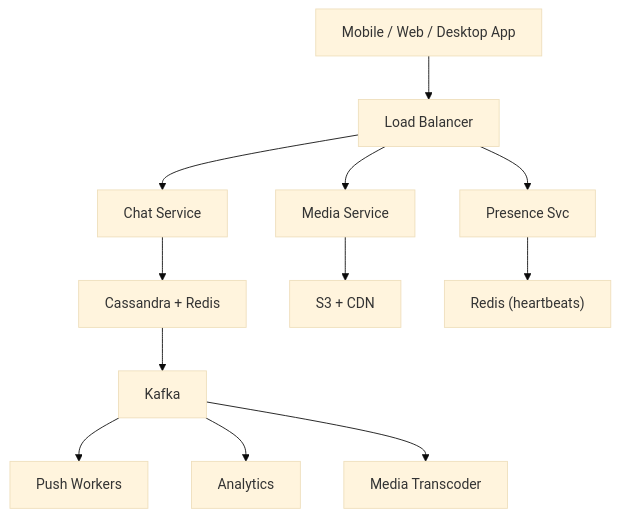
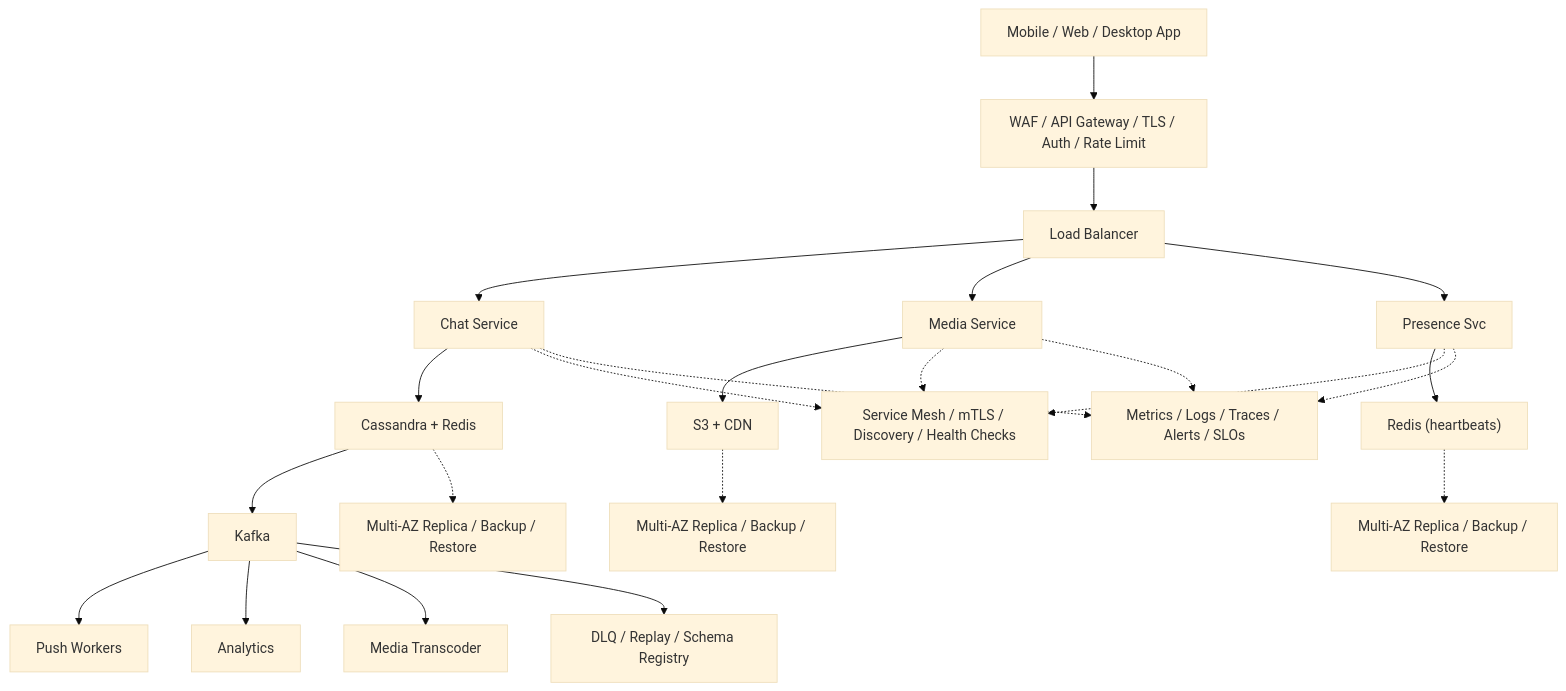
Before and after one commit to aishwary11/system-design: the diagram in system-design-messaging-app.md, drawn with Mermaid (base theme). The commit also changed 31 other files, not shown here.

Commit message:
Add production-grade architecture details

````diff
--- a/system-design-messaging-app.md
+++ b/system-design-messaging-app.md
@@ -40,14 +40,25 @@
 ```mermaid
 flowchart TB
-    clients["Mobile / Web / Desktop App"] --> lb["Load Balancer"]
+    clients["Mobile / Web / Desktop App"] --> edge["WAF / API Gateway / TLS / Auth / Rate Limit"]
+    edge --> lb["Load Balancer"]
     lb --> svc0["Chat Service"]
     lb --> svc1["Media Service"]
     lb --> svc2["Presence Svc"]
     svc0 --> store0["Cassandra + Redis"]
     svc1 --> store1["S3 + CDN"]
     svc2 --> store2["Redis (heartbeats)"]
     store0 --> stream["Kafka"]
     stream --> worker0["Push Workers"]
     stream --> worker1["Analytics"]
     stream --> worker2["Media Transcoder"]
+    svc0 -.-> platform["Service Mesh / mTLS / Discovery / Health Checks"]
+    svc1 -.-> platform
+    svc2 -.-> platform
+    store0 -.-> backup0["Multi-AZ Replica / Backup / Restore"]
+    store1 -.-> backup1["Multi-AZ Replica / Backup / Restore"]
+    store2 -.-> backup2["Multi-AZ Replica / Backup / Restore"]
+    stream --> dlq["DLQ / Replay / Schema Registry"]
+    svc0 -.-> ops["Metrics / Logs / Traces / Alerts / SLOs"]
+    svc1 -.-> ops
+    svc2 -.-> ops
 ```
````
